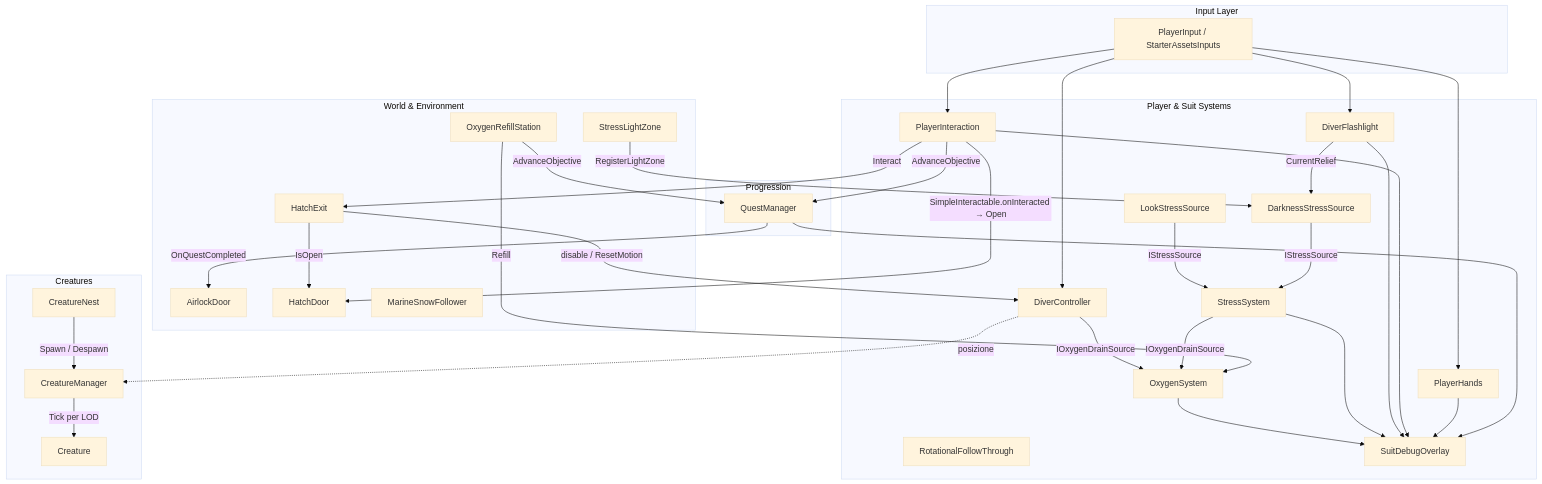
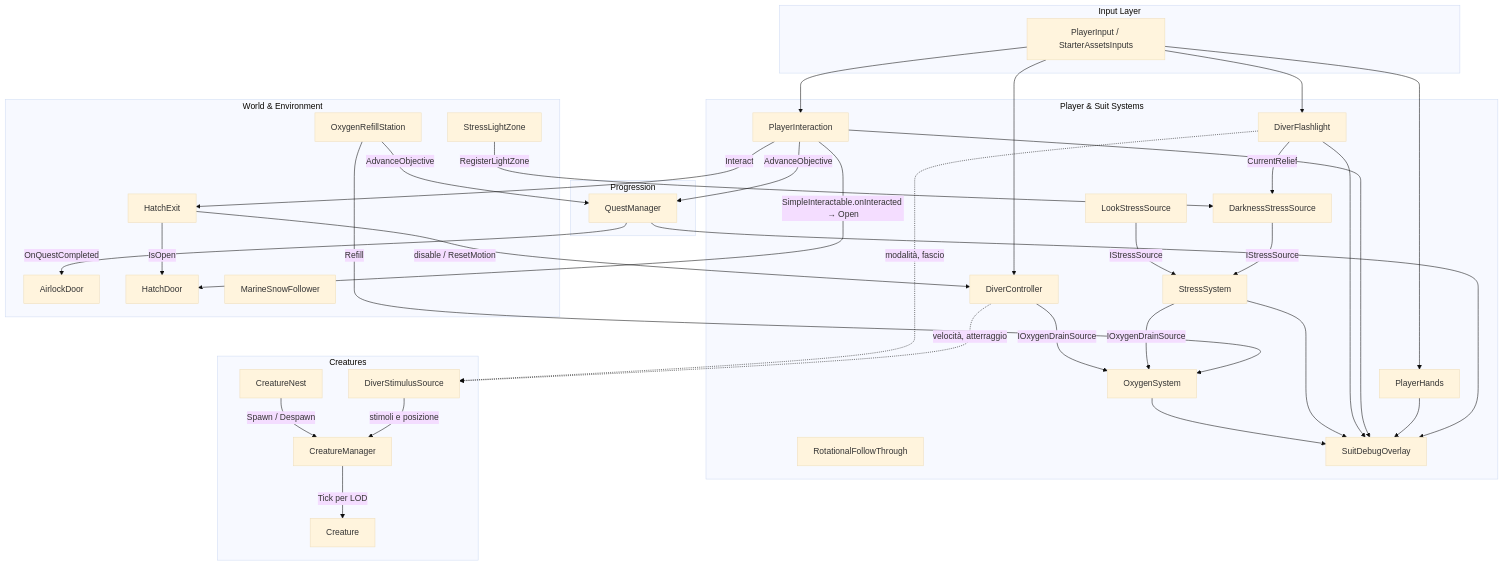
One commit to Fr3nezy/Project_Deep changed the diagram in documentation/README.md. Above: the diagram before and after it, drawn with Mermaid (base theme). The commit also changed other lines of this file and 17 other files, not shown here.

````diff
--- a/documentation/README.md
+++ b/documentation/README.md
@@ -104,77 +106,80 @@
 ```mermaid
 flowchart TD
     subgraph Input_Layer [Input Layer]
         Input[PlayerInput / StarterAssetsInputs]
     end
 
     subgraph Player_Systems [Player & Suit Systems]
         Diver[DiverController]
         Flashlight[DiverFlashlight]
         LookStress[LookStressSource]
         DarkStress[DarknessStressSource]
         Stress[StressSystem]
         Oxygen[OxygenSystem]
         Hands[PlayerHands]
         Interaction[PlayerInteraction]
         FollowThrough[RotationalFollowThrough]
         Feedback[SuitDebugOverlay]
     end
 
     subgraph World_Systems [World & Environment]
         LightZones[StressLightZone]
         RefillStation[OxygenRefillStation]
         Airlock[AirlockDoor]
         Hatch[HatchDoor]
         HatchExit[HatchExit]
         Snow[MarineSnowFollower]
     end
 
     subgraph Progression [Progression]
         Quests[QuestManager]
     end
 
     subgraph Fauna [Creatures]
         Nest[CreatureNest]
         CreatureMgr[CreatureManager]
         Creature[Creature]
+        DiverStim[DiverStimulusSource]
     end
 
     %% Input Wiring
     Input --> Diver
     Input --> Flashlight
     Input --> Interaction
     Input --> Hands
 
     %% Player Internal Wiring
     Diver -->|IOxygenDrainSource| Oxygen
     LookStress -->|IStressSource| Stress
     DarkStress -->|IStressSource| Stress
     Stress -->|IOxygenDrainSource| Oxygen
     Flashlight -->|CurrentRelief| DarkStress
 
     %% World to Player
     LightZones -->|RegisterLightZone| DarkStress
     RefillStation -->|Refill| Oxygen
     RefillStation -->|AdvanceObjective| Quests
     Interaction -->|AdvanceObjective| Quests
     Interaction -->|SimpleInteractable.onInteracted → Open| Hatch
     Interaction -->|Interact| HatchExit
     HatchExit -->|IsOpen| Hatch
     HatchExit -->|disable / ResetMotion| Diver
 
     %% Progression to World
     Quests -->|OnQuestCompleted| Airlock
 
     %% Feedback Wiring
     Oxygen --> Feedback
     Stress --> Feedback
     Flashlight --> Feedback
     Interaction --> Feedback
     Hands --> Feedback
     Quests --> Feedback
 
     %% Fauna
     Nest -->|Spawn / Despawn| CreatureMgr
     CreatureMgr -->|Tick per LOD| Creature
-    Diver -.->|posizione| CreatureMgr
+    DiverStim -->|stimoli e posizione| CreatureMgr
+    Flashlight -.->|modalità, fascio| DiverStim
+    Diver -.->|velocità, atterraggio| DiverStim
 ```
````
